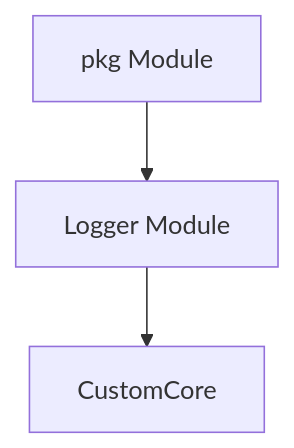
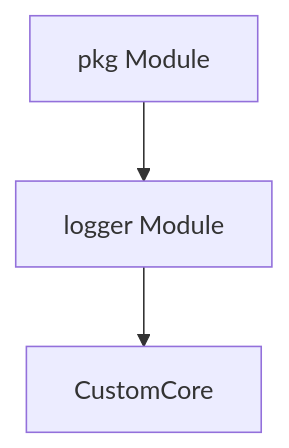
Before and after one commit to ShreyasPatel031/CodeWiki: the diagram in demo/repos/KubeElasti/logger.md, drawn with Mermaid. The commit also changed other lines of this file and 55 other files, not shown here.

````diff
--- a/demo/repos/KubeElasti/logger.md
+++ b/demo/repos/KubeElasti/logger.md
@@ -23,11 +10,11 @@
 ```mermaid
 graph TD
     pkg[pkg Module]
-    logger[Logger Module]
+    logger[logger Module]
     custom_core[CustomCore]
 
     pkg --> logger
     logger --> custom_core
 
-    click pkg "pkg.md" "View Pkg Module Documentation"
+    click pkg "pkg.md" "View Pkg Module"
 ```
````
